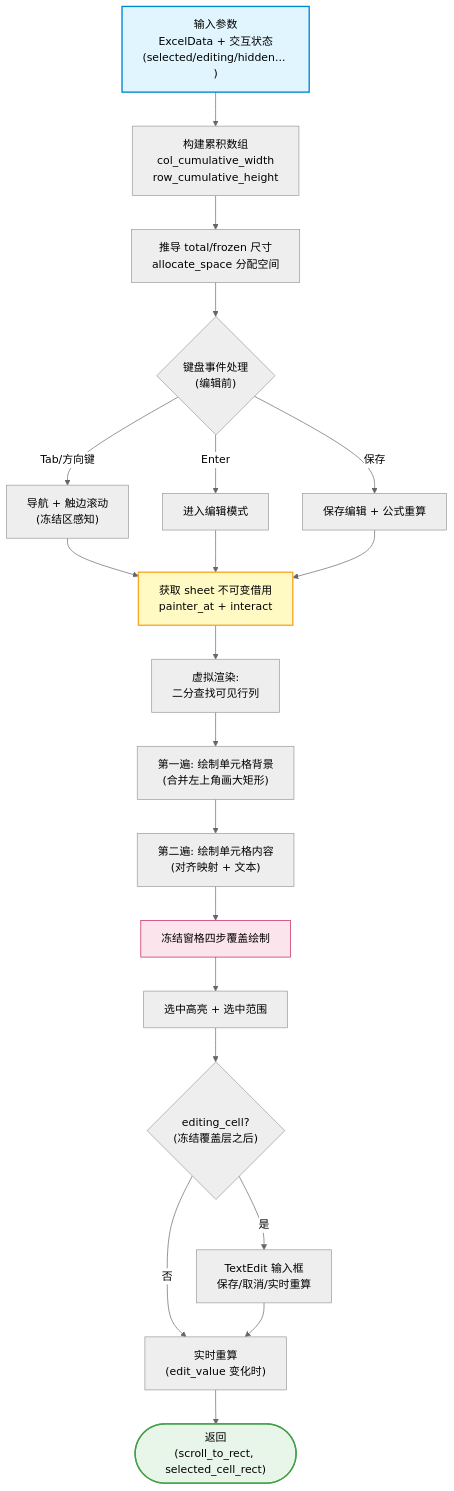
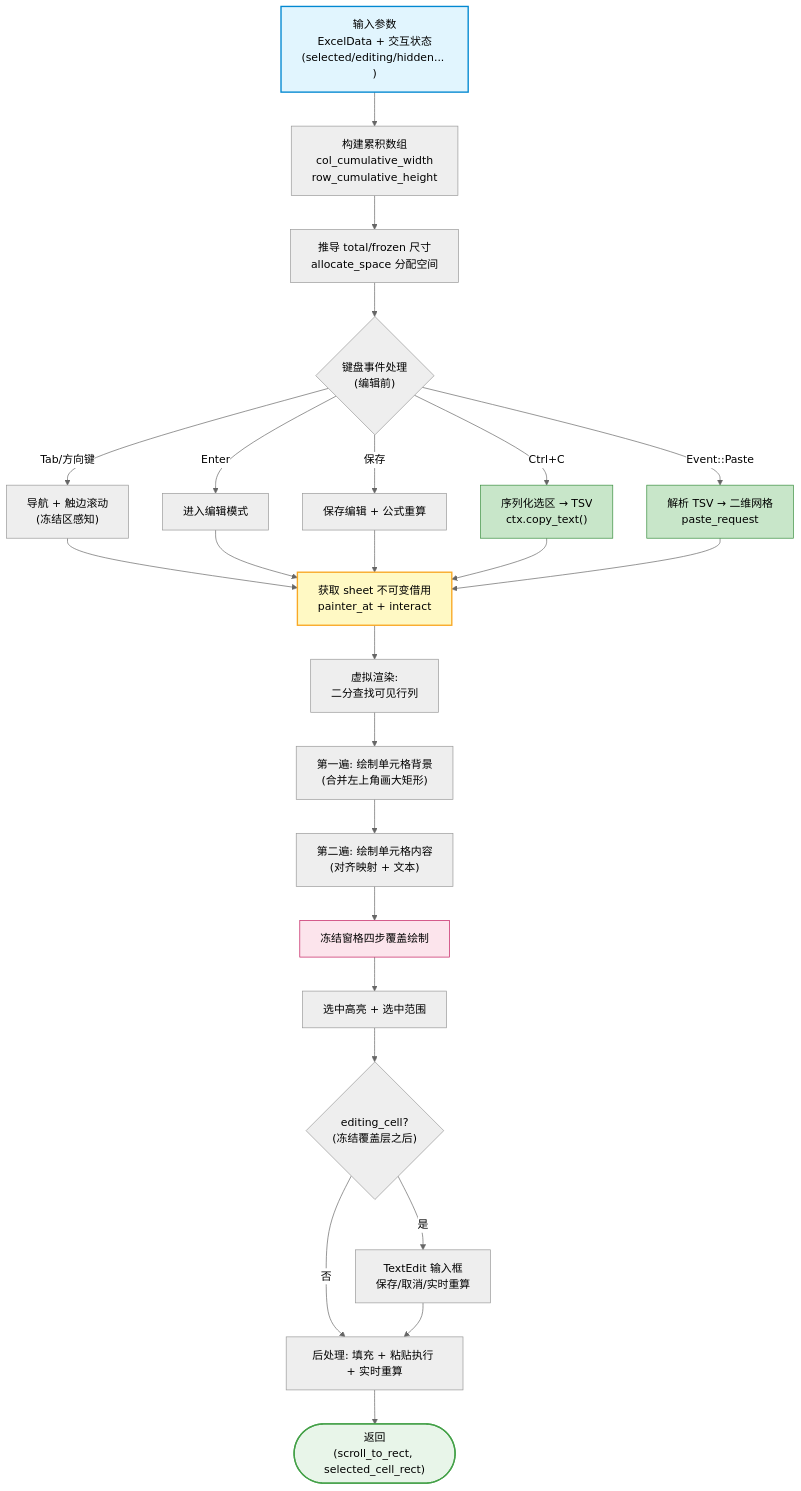
One commit to dunpju/umya-spreadsheet-excel changed the first of 3 diagrams in docs/gui/widgets/table.md. Above: the diagram before and after it, drawn with Mermaid (neutral theme). The commit also changed other lines of this file and 3 other files, not shown here.

````diff
--- a/docs/gui/widgets/table.md
+++ b/docs/gui/widgets/table.md
@@ -218,28 +260,34 @@
 ```mermaid
 flowchart TD
     IN["输入参数<br/>ExcelData + 交互状态<br/>(selected/editing/hidden... )"] --> PREP["构建累积数组<br/>col_cumulative_width<br/>row_cumulative_height"]
     PREP --> SIZE["推导 total/frozen 尺寸<br/>allocate_space 分配空间"]
     SIZE --> KBD{"键盘事件处理<br/>(编辑前)"}
     KBD -->|Tab/方向键| NAV["导航 + 触边滚动<br/>(冻结区感知)"]
     KBD -->|Enter| EDM["进入编辑模式"]
     KBD -->|保存| SAVE1["保存编辑 + 公式重算"]
+    KBD -->|Ctrl+C| COPY["序列化选区 → TSV<br/>ctx.copy_text()"]
+    KBD -->|Event::Paste| PASTE_DET["解析 TSV → 二维网格<br/>paste_request"]
     NAV --> RENDER
     EDM --> RENDER
     SAVE1 --> RENDER
+    COPY --> RENDER
+    PASTE_DET --> RENDER
 
     RENDER["获取 sheet 不可变借用<br/>painter_at + interact"] --> VP["虚拟渲染:<br/>二分查找可见行列"]
     VP --> P1["第一遍: 绘制单元格背景<br/>(合并左上角画大矩形)"]
     P1 --> P2["第二遍: 绘制单元格内容<br/>(对齐映射 + 文本)"]
     P2 --> FROZEN["冻结窗格四步覆盖绘制"]
     FROZEN --> SEL["选中高亮 + 选中范围"]
     SEL --> EDIT{"editing_cell?<br/>(冻结覆盖层之后)"}
     EDIT -->|是| TEDIT["TextEdit 输入框<br/>保存/取消/实时重算"]
-    EDIT -->|否| RT
-    TEDIT --> RT["实时重算<br/>(edit_value 变化时)"]
-    RT --> OUT(["返回<br/>(scroll_to_rect, selected_cell_rect)"])
+    EDIT -->|否| POST
+    TEDIT --> POST["后处理: 填充 + 粘贴执行 + 实时重算"]
+    POST --> OUT(["返回<br/>(scroll_to_rect, selected_cell_rect)"])
 
     style IN fill:#e1f5fe,stroke:#0288d1,stroke-width:2px
     style OUT fill:#e8f5e9,stroke:#43a047,stroke-width:2px
     style RENDER fill:#fff9c4,stroke:#f9a825,stroke-width:2px
     style FROZEN fill:#fce4ec,stroke:#c2185b
+    style COPY fill:#c8e6c9,stroke:#388e3c
+    style PASTE_DET fill:#c8e6c9,stroke:#388e3c
 ```
````
